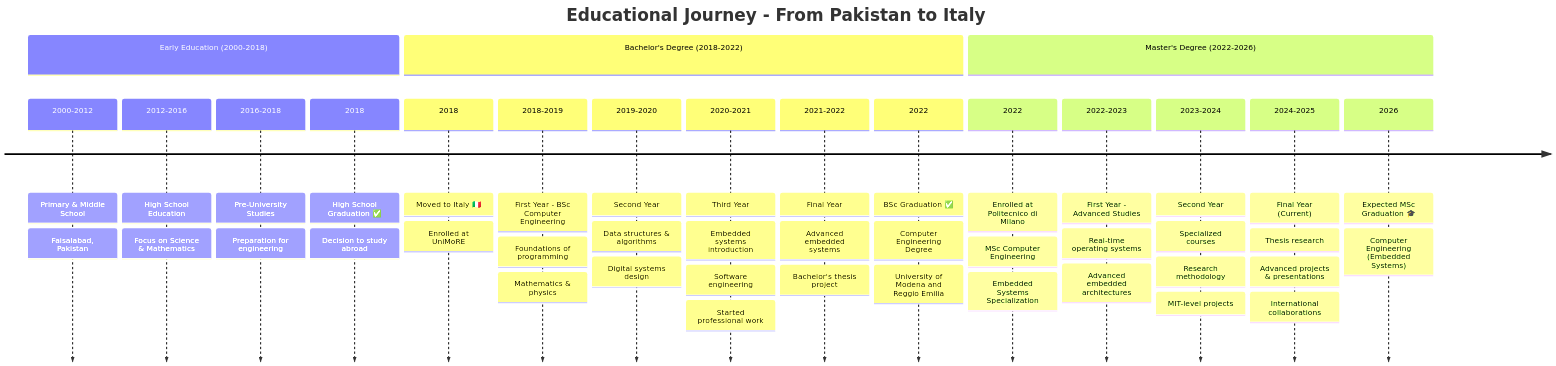
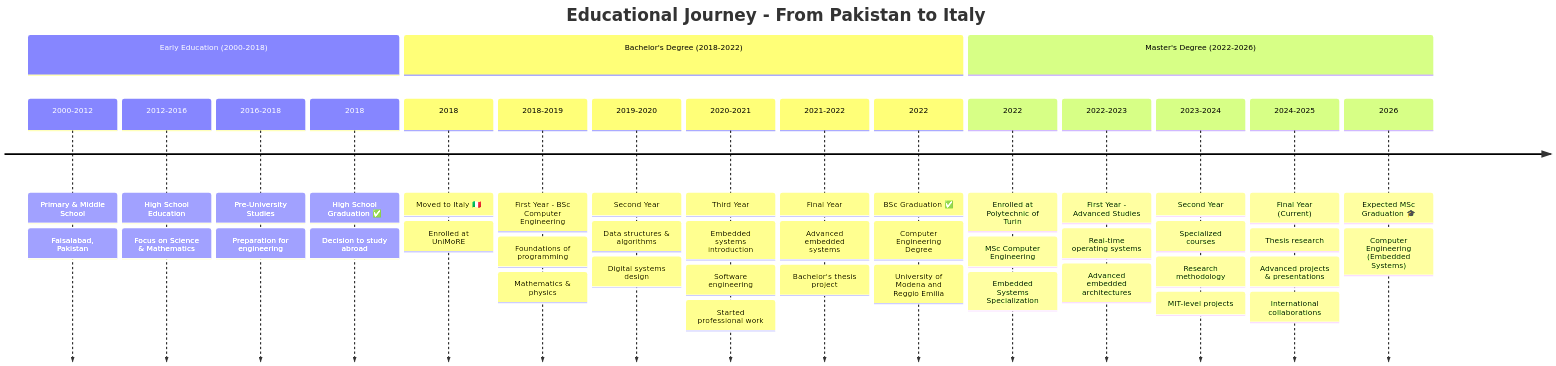
The first of 11 diagrams in diagrams/education-path.md (hamsta25/Himalaya), drawn with Mermaid before and after one commit. The commit also changed other lines of this file and 10 other files, not shown here.

Commit message:
Update university name to Polytechnic of Turin and correct professional roles

````diff
--- a/diagrams/education-path.md
+++ b/diagrams/education-path.md
@@ -11,52 +11,52 @@
 ```mermaid
 timeline
     title Educational Journey - From Pakistan to Italy
     
     section Early Education (2000-2018)
         2000-2012 : Primary & Middle School
                   : Faisalabad, Pakistan
         2012-2016 : High School Education
                   : Focus on Science & Mathematics
         2016-2018 : Pre-University Studies
                   : Preparation for engineering
         2018 : High School Graduation ✅
              : Decision to study abroad
     
     section Bachelor's Degree (2018-2022)
         2018 : Moved to Italy 🇮🇹
              : Enrolled at UniMoRE
         2018-2019 : First Year - BSc Computer Engineering
                   : Foundations of programming
                   : Mathematics & physics
         2019-2020 : Second Year
                   : Data structures & algorithms
                   : Digital systems design
         2020-2021 : Third Year
                   : Embedded systems introduction
                   : Software engineering
                   : Started professional work
         2021-2022 : Final Year
                   : Advanced embedded systems
                   : Bachelor's thesis project
         2022 : BSc Graduation ✅
              : Computer Engineering Degree
              : University of Modena and Reggio Emilia
     
     section Master's Degree (2022-2026)
-        2022 : Enrolled at Politecnico di Milano
+        2022 : Enrolled at Polytechnic of Turin
              : MSc Computer Engineering
              : Embedded Systems Specialization
         2022-2023 : First Year - Advanced Studies
                   : Real-time operating systems
                   : Advanced embedded architectures
         2023-2024 : Second Year
                   : Specialized courses
                   : Research methodology
                   : MIT-level projects
         2024-2025 : Final Year (Current)
                   : Thesis research
                   : Advanced projects & presentations
                   : International collaborations
         2026 : Expected MSc Graduation 🎓
              : Computer Engineering (Embedded Systems)
 ```
````
